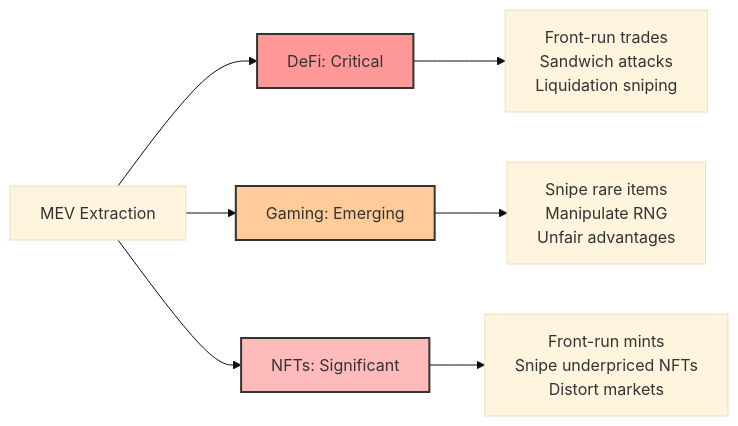
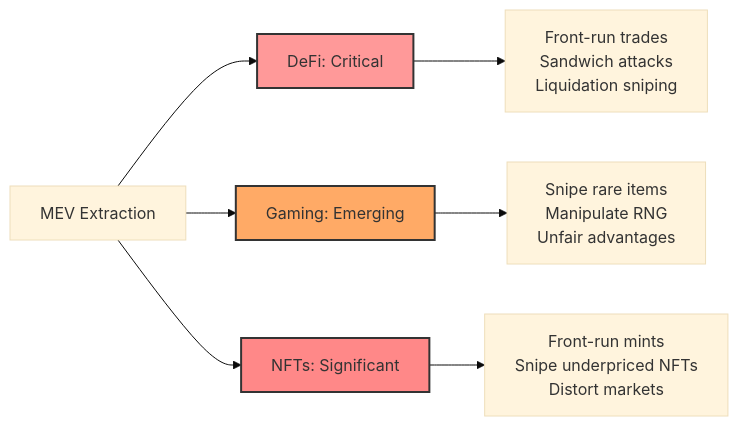
One commit to ljg-cqu/knowledge changed diagram 11 of 16 in Industry/Blockchain/Blockchain/ValueChain/QA_DeepSeek.md. Above: the diagram before and after it, drawn with Mermaid (base theme). The commit also changed other lines of this file and 6 other files, not shown here.

````diff
--- a/Industry/Blockchain/Blockchain/ValueChain/QA_DeepSeek.md
+++ b/Industry/Blockchain/Blockchain/ValueChain/QA_DeepSeek.md
@@ -1181,14 +1181,14 @@
 ```mermaid
 graph LR
     A[MEV Extraction] --> B[DeFi: Critical]
     A --> C[Gaming: Emerging]
     A --> D[NFTs: Significant]
     
     B --> B1[Front-run trades<br>Sandwich attacks<br>Liquidation sniping]
     C --> C1[Snipe rare items<br>Manipulate RNG<br>Unfair advantages]
     D --> D1[Front-run mints<br>Snipe underpriced NFTs<br>Distort markets]
     
     style B fill:#f99,stroke:#333,stroke-width:2px
-    style C fill:#fc9,stroke:#333,stroke-width:2px
-    style D fill:#fbb,stroke:#333,stroke-width:2px
+    style C fill:#fa6,stroke:#333,stroke-width:2px
+    style D fill:#f88,stroke:#333,stroke-width:2px
 ```
````
